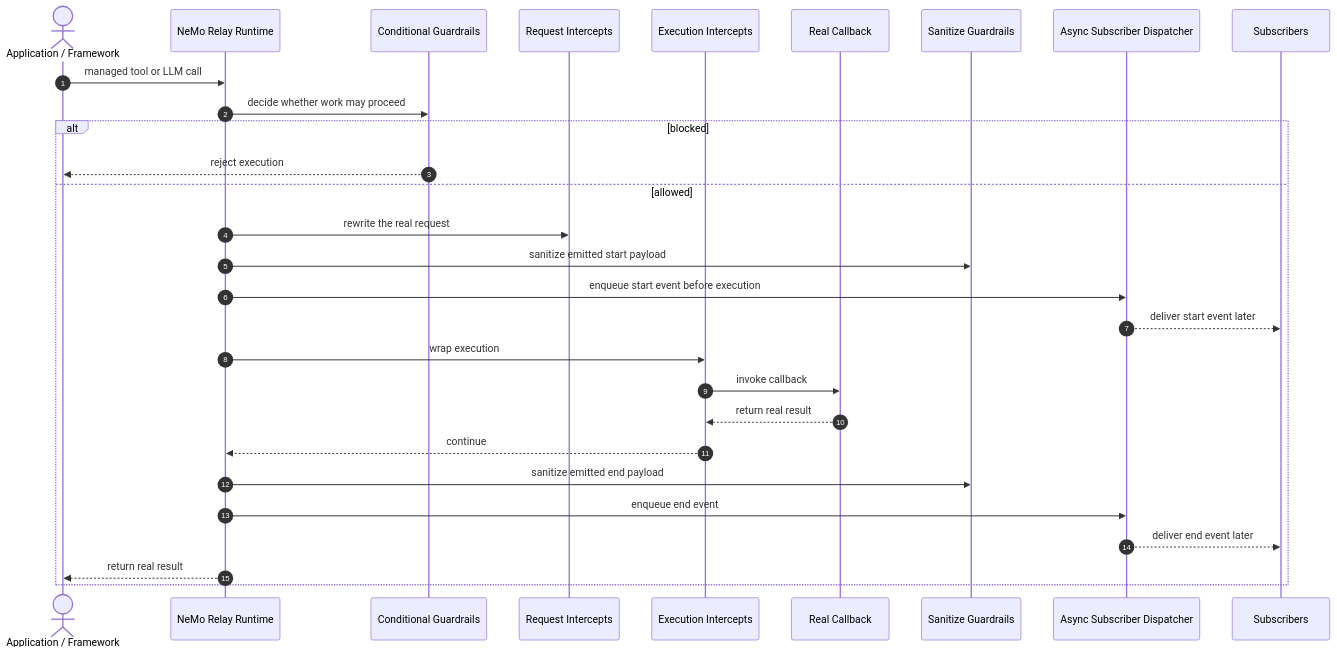
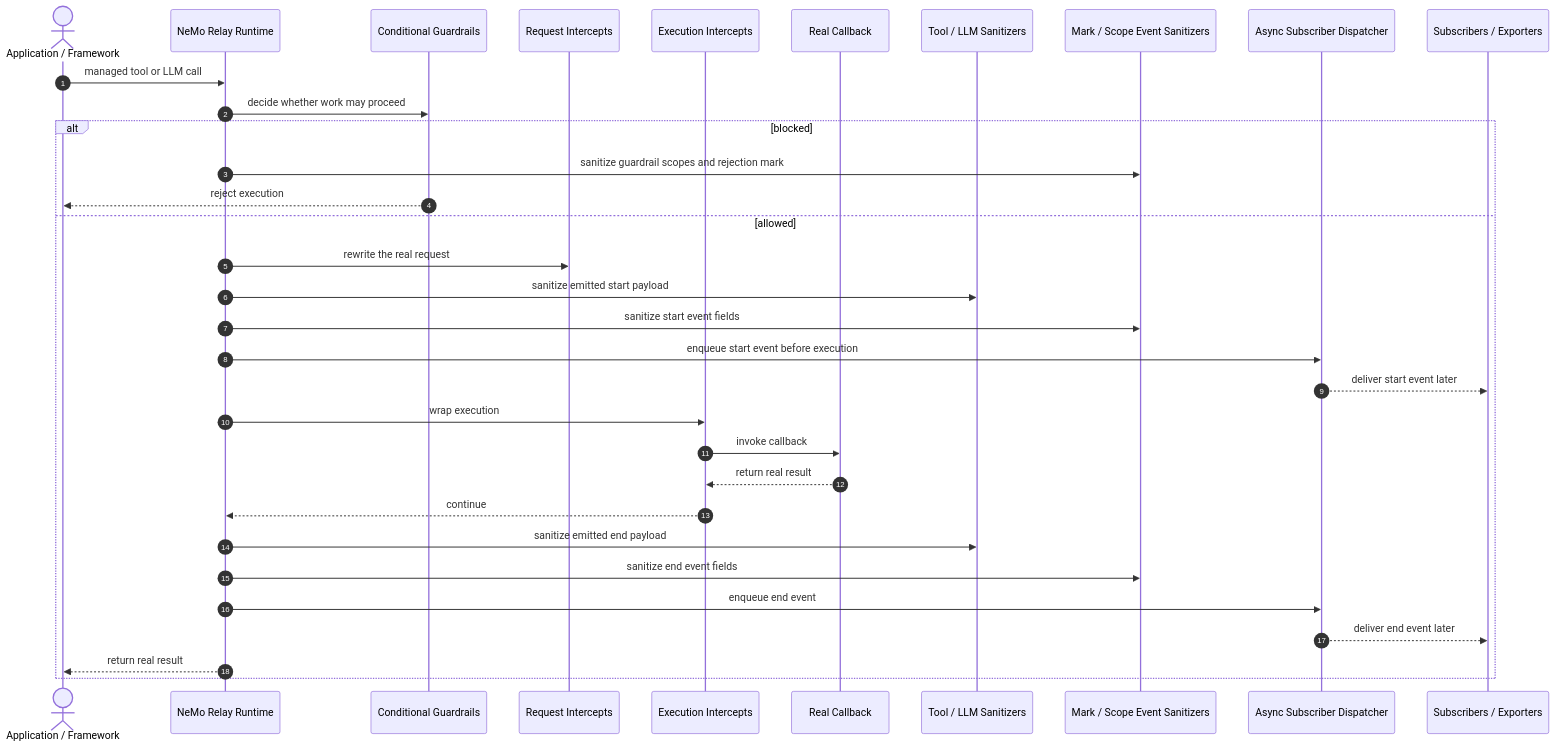
Before and after one commit to NVIDIA/NeMo-Relay: the first of 2 diagrams in fern/pages-dev/about-nemo-relay/concepts/middleware.mdx, drawn with Mermaid. The commit also changed other lines of this file and 14 other files, not shown here.

````diff
--- a/fern/pages-dev/about-nemo-relay/concepts/middleware.mdx
+++ b/fern/pages-dev/about-nemo-relay/concepts/middleware.mdx
@@ -117,33 +133,37 @@
 ```mermaid
 sequenceDiagram
     autonumber
     actor Caller as Application / Framework
     participant Runtime as NeMo Relay Runtime
     participant Cond as Conditional Guardrails
     participant Req as Request Intercepts
     participant Exec as Execution Intercepts
     participant Callback as Real Callback
-    participant San as Sanitize Guardrails
+    participant San as Tool / LLM Sanitizers
+    participant EventSan as Mark / Scope Event Sanitizers
     participant Dispatch as Async Subscriber Dispatcher
-    participant Subs as Subscribers
+    participant Consumers as Subscribers / Exporters
 
     Caller->>Runtime: managed tool or LLM call
     Runtime->>Cond: decide whether work may proceed
 
     alt blocked
+        Runtime->>EventSan: sanitize guardrail scopes and rejection mark
         Cond-->>Caller: reject execution
     else allowed
         Runtime->>Req: rewrite the real request
         Runtime->>San: sanitize emitted start payload
+        Runtime->>EventSan: sanitize start event fields
         Runtime->>Dispatch: enqueue start event before execution
-        Dispatch-->>Subs: deliver start event later
+        Dispatch-->>Consumers: deliver start event later
         Runtime->>Exec: wrap execution
         Exec->>Callback: invoke callback
         Callback-->>Exec: return real result
         Exec-->>Runtime: continue
         Runtime->>San: sanitize emitted end payload
+        Runtime->>EventSan: sanitize end event fields
         Runtime->>Dispatch: enqueue end event
-        Dispatch-->>Subs: deliver end event later
+        Dispatch-->>Consumers: deliver end event later
         Runtime-->>Caller: return real result
     end
 ```
````
